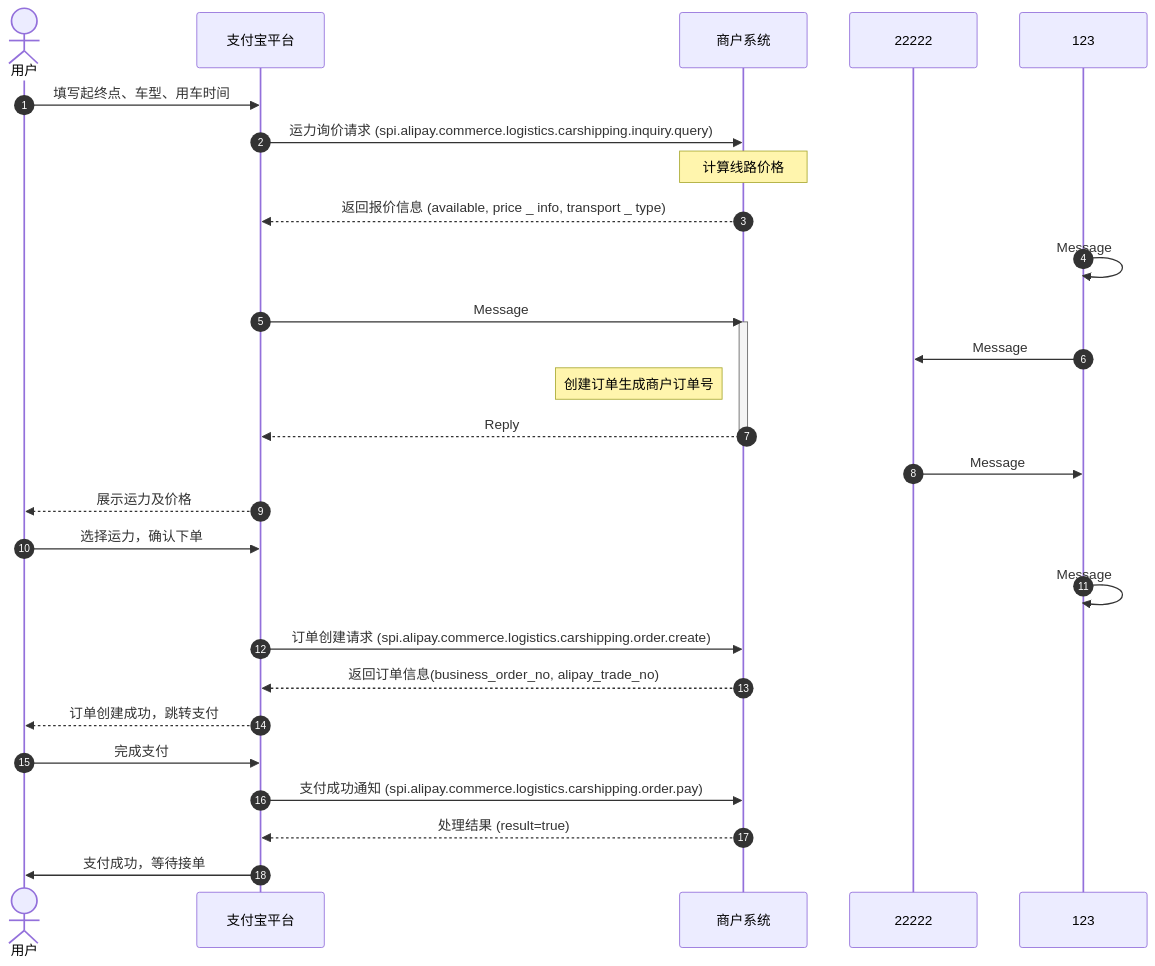
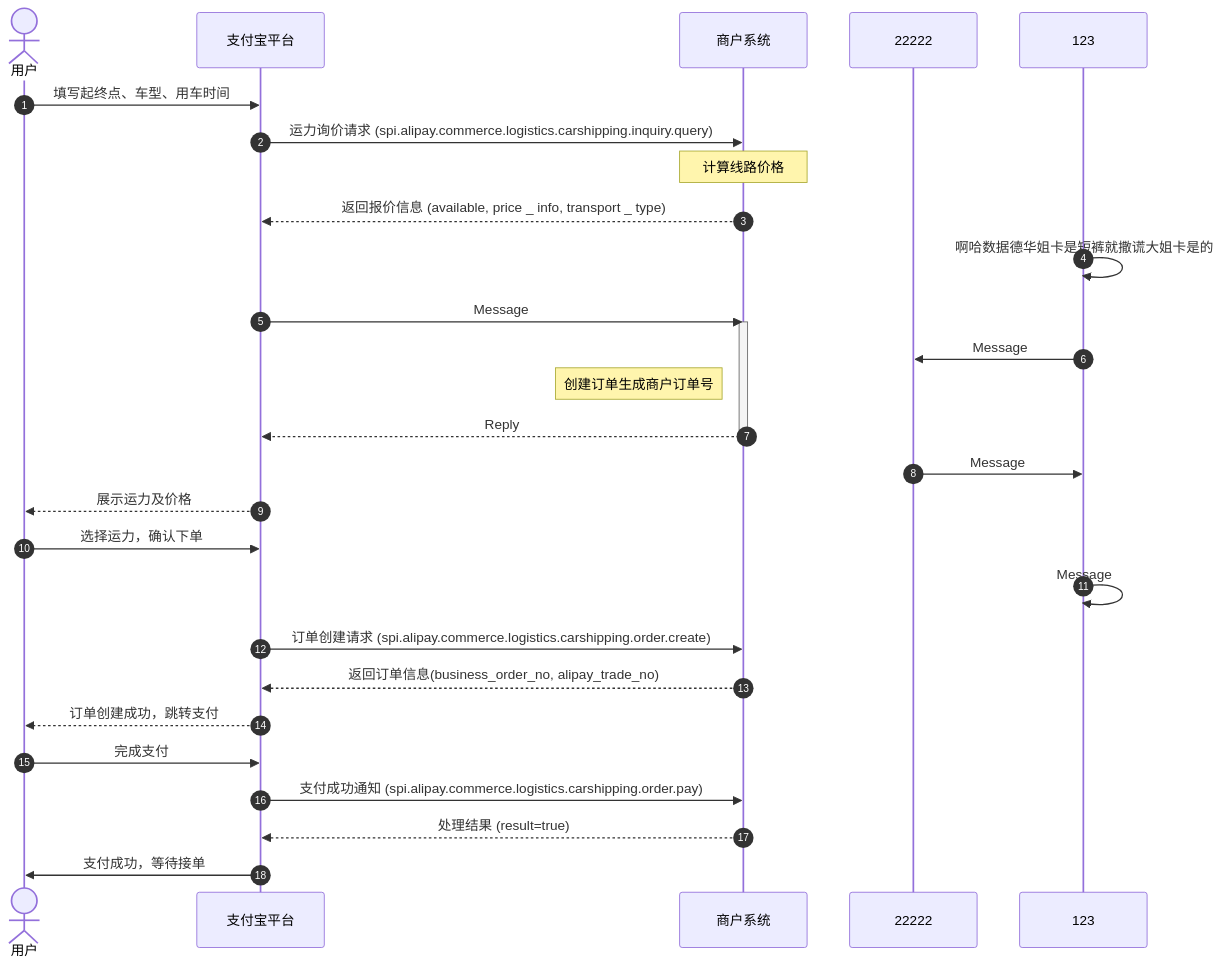
One commit to pingpm/mermaid_vault changed the diagram in mmd/test_dba1b258-be6a-414c-9967-aedbcccfa44f.mmd. Above: the diagram before and after it, drawn with Mermaid. The commit also changed 2 other files, not shown here.

Commit message:
Sync Mermaid Studio data (8 diagrams)

```diff
--- a/mmd/test_dba1b258-be6a-414c-9967-aedbcccfa44f.mmd
+++ b/mmd/test_dba1b258-be6a-414c-9967-aedbcccfa44f.mmd
@@ -1,29 +1,29 @@
 sequenceDiagram
   autonumber
   actor p0 as 用户
   participant p1 as 支付宝平台
   participant p2 as 商户系统
   participant p3 as 22222
   participant p4 as 123
   p0->>p1: 填写起终点、⻋型、⽤⻋时间
   p1->>p2: 运⼒询价请求 (spi.alipay.commerce.logistics.carshipping.inquiry.query)
   Note over p2: 计算线路价格
   p2-->>p1: 返回报价信息 (available, price _ info, transport _ type)
-  p4->>p4: Message
+  p4->>p4: 啊哈数据德华姐卡是短裤就撒谎大姐卡是的
   p1->>p2: Message
   activate p2
   p4->>p3: Message
   Note left of p2: 创建订单⽣成商户订单号
   p2-->>p1: Reply
   deactivate p2
   p3->>p4: Message
   p1-->>p0: 展示运⼒及价格
   p0->>p1: 选择运⼒，确认下单
   p4->>p4: Message
   p1->>p2: 订单创建请求 (spi.alipay.commerce.logistics.carshipping.order.create)
   p2-->>p1: 返回订单信息(business_order_no, alipay_trade_no)
   p1-->>p0: 订单创建成功，跳转⽀付
   p0->>p1: 完成⽀付
   p1->>p2: ⽀付成功通知 (spi.alipay.commerce.logistics.carshipping.order.pay)
   p2-->>p1: 处理结果 (result=true)
   p1->>p0: ⽀付成功，等待接单
```
